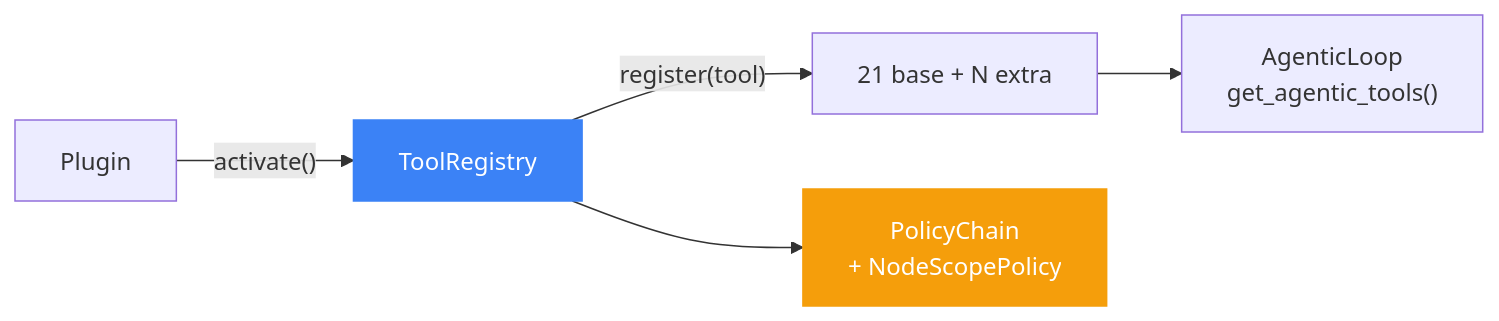
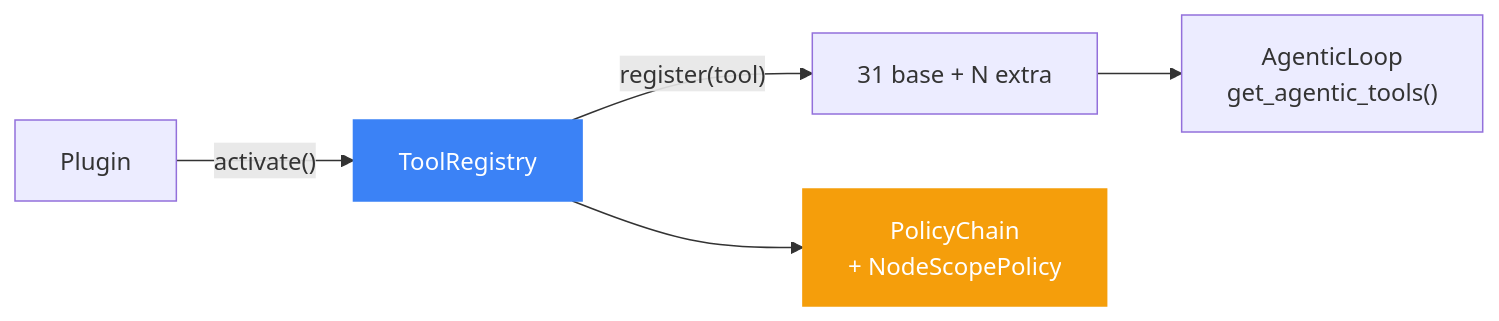
One commit to mangowhoiscloud/geode changed diagram 12 of 12 in README.md. Above: the diagram before and after it, drawn with Mermaid. The commit also changed other lines of this file and 9 other files, not shown here.

````diff
--- a/README.md
+++ b/README.md
@@ -485,10 +483,10 @@
 ```mermaid
 graph LR
     Plugin["Plugin"] -->|"activate()"| Reg["ToolRegistry"]
-    Reg -->|"register(tool)"| Tools["21 base + N extra"]
+    Reg -->|"register(tool)"| Tools["31 base + N extra"]
     Tools --> AL["AgenticLoop<br/>get_agentic_tools()"]
     Reg --> Policy["PolicyChain<br/>+ NodeScopePolicy"]
 
     style Reg fill:#3b82f6,stroke:#3b82f6,color:#fff
     style Policy fill:#f59e0b,stroke:#f59e0b,color:#fff
 ```
````
